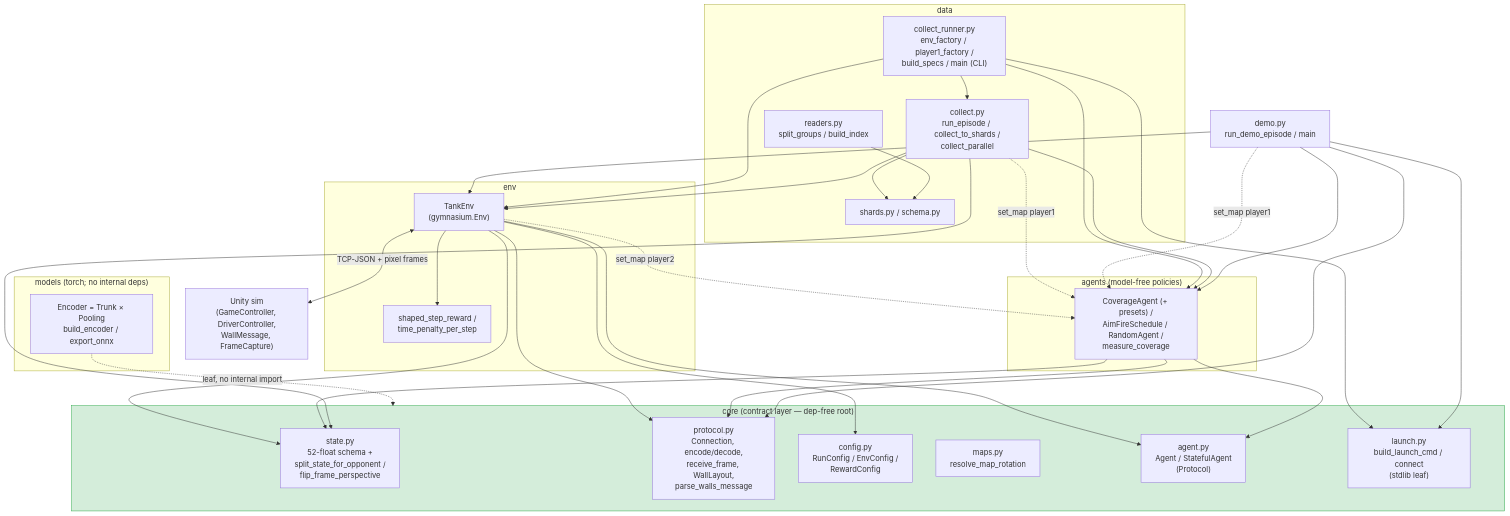
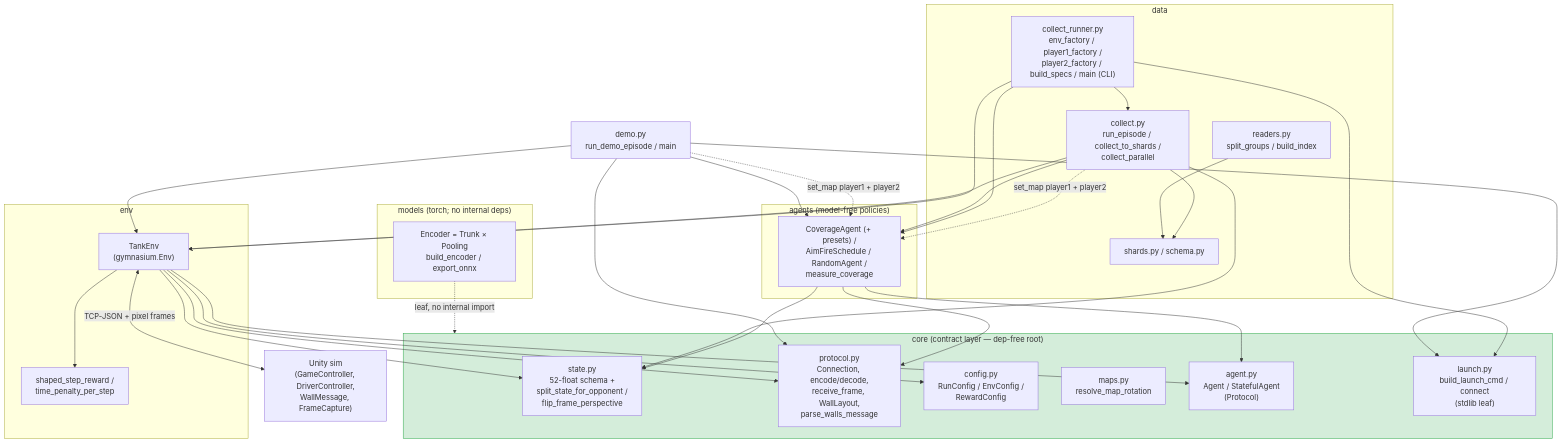
Before and after one commit to urciuolim/TankTwinStickShooter: the diagram in docs/architecture.md, drawn with Mermaid. The commit also changed other lines of this file and 15 other files, not shown here.

First line of the commit message:
refactor(env): symmetric step(action, opponent_action); driver owns both players

````diff
--- a/docs/architecture.md
+++ b/docs/architecture.md
@@ -27,76 +27,75 @@
 ```mermaid
 graph TD
     subgraph core["core (contract layer — dep-free root)"]
         State["state.py<br/>52-float schema +<br/>split_state_for_opponent /<br/>flip_frame_perspective"]
         Protocol["protocol.py<br/>Connection, encode/decode,<br/>receive_frame, WallLayout,<br/>parse_walls_message"]
         Config["config.py<br/>RunConfig / EnvConfig /<br/>RewardConfig"]
         Maps["maps.py<br/>resolve_map_rotation"]
         AgentProto["agent.py<br/>Agent / StatefulAgent<br/>(Protocol)"]
         Launch["launch.py<br/>build_launch_cmd / connect<br/>(stdlib leaf)"]
     end
 
     subgraph models["models (torch; no internal deps)"]
         Encoder["Encoder = Trunk × Pooling<br/>build_encoder / export_onnx"]
     end
 
     subgraph agents["agents (model-free policies)"]
         AgentImpls["CoverageAgent (+ presets) /<br/>AimFireSchedule / RandomAgent /<br/>measure_coverage"]
     end
 
     subgraph env["env"]
         TankEnv["TankEnv<br/>(gymnasium.Env)"]
         Rewards["shaped_step_reward /<br/>time_penalty_per_step"]
     end
 
     subgraph data["data"]
-        Runner["collect_runner.py<br/>env_factory / player1_factory /<br/>build_specs / main (CLI)"]
+        Runner["collect_runner.py<br/>env_factory / player1_factory /<br/>player2_factory / build_specs / main (CLI)"]
         Collect["collect.py<br/>run_episode / collect_to_shards /<br/>collect_parallel"]
         Shards["shards.py / schema.py"]
         Readers["readers.py<br/>split_groups / build_index"]
     end
 
     Demo["demo.py<br/>run_demo_episode / main"]
 
     Unity["Unity sim<br/>(GameController, DriverController,<br/>WallMessage, FrameCapture)"]
 
     %% env wiring
     TankEnv --> Protocol
     TankEnv --> State
     TankEnv --> Config
     TankEnv --> AgentProto
     TankEnv --> Rewards
     TankEnv <-->|TCP-JSON + pixel frames| Unity
 
     %% agents wiring
     AgentImpls --> AgentProto
     AgentImpls --> State
     AgentImpls --> Protocol
 
-    %% map hook: WallLayout reaches a map-aware agent via the optional set_map hook
-    TankEnv -.->|set_map player2| AgentImpls
-    Collect -.->|set_map player1| AgentImpls
-    Demo -.->|set_map player1| AgentImpls
+    %% map hook: WallLayout reaches a map-aware agent via the optional set_map hook (driver-side)
+    Collect -.->|set_map player1 + player2| AgentImpls
+    Demo -.->|set_map player1 + player2| AgentImpls
 
     %% models wiring
     Encoder -.->|leaf, no internal import| core
 
     %% data wiring
     Runner --> Collect
     Runner --> Launch
     Runner --> TankEnv
     Runner --> AgentImpls
     Collect --> TankEnv
     Collect --> AgentImpls
     Collect --> State
     Collect --> Shards
     Readers --> Shards
 
     %% demo wiring
     Demo --> TankEnv
     Demo --> AgentImpls
     Demo --> Protocol
     Demo --> Launch
 
     classDef root fill:#d4edda,stroke:#28a745;
     class core root;
 ```
````
